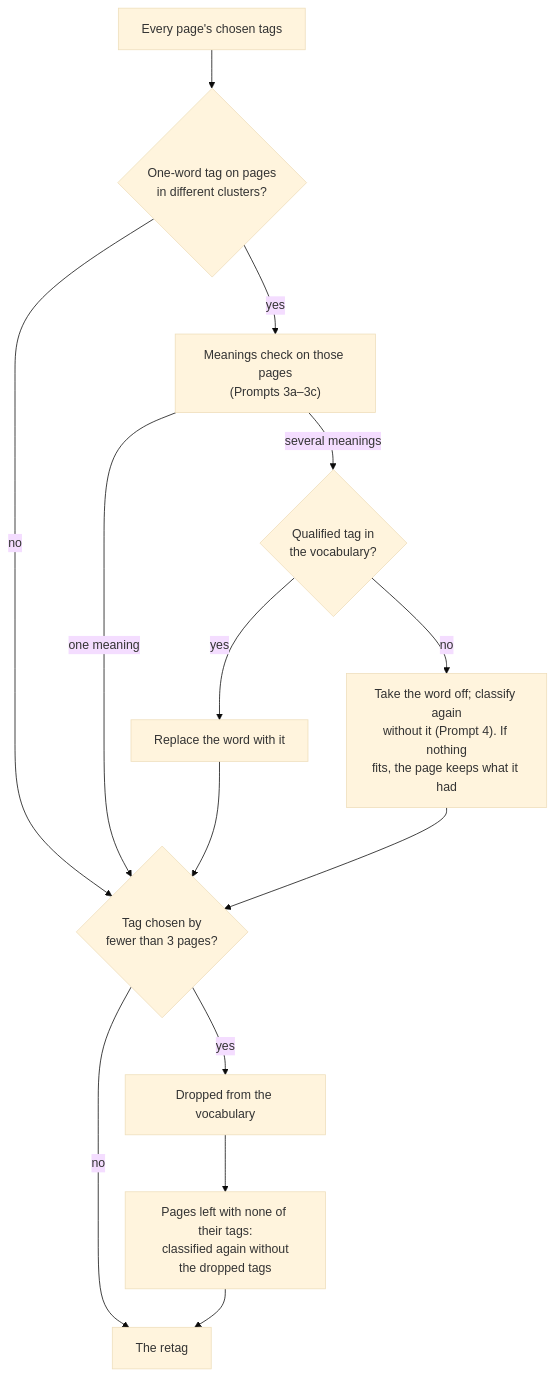
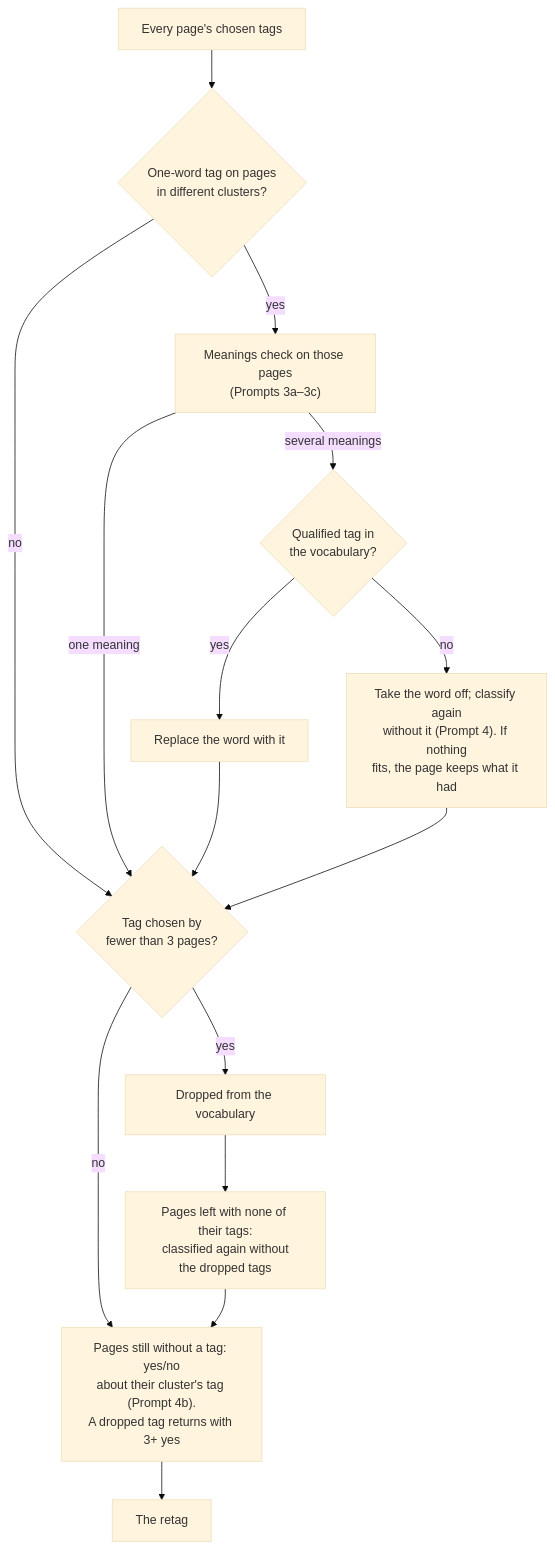
The seventh of 10 diagrams in docs/tagging-algorithm.md (agegechkori/tabkeeper), drawn with Mermaid (base theme) before and after one commit. The commit also changed other lines of this file, not shown here.

````diff
--- a/docs/tagging-algorithm.md
+++ b/docs/tagging-algorithm.md
@@ -500,16 +501,17 @@
 ```mermaid
 flowchart TD
   ch["Every page's chosen tags"] --> w{"One-word tag on pages<br/>in different clusters?"}
   w -->|"yes"| chk["Meanings check on those pages<br/>(Prompts 3a–3c)"]
   chk -->|"several meanings"| fix{"Qualified tag in<br/>the vocabulary?"}
   fix -->|"yes"| rep["Replace the word with it"]
   fix -->|"no"| again["Take the word off; classify again<br/>without it (Prompt 4). If nothing<br/>fits, the page keeps what it had"]
   w -->|"no"| sup
   chk -->|"one meaning"| sup
   rep --> sup
   again --> sup
   sup{"Tag chosen by<br/>fewer than 3 pages?"} -->|"yes"| drop["Dropped from the vocabulary"]
   drop --> orph["Pages left with none of their tags:<br/>classified again without<br/>the dropped tags"]
-  sup -->|"no"| out["The retag"]
-  orph --> out
+  sup -->|"no"| res
+  orph --> res["Pages still without a tag: yes/no<br/>about their cluster's tag (Prompt 4b).<br/>A dropped tag returns with 3+ yes"]
+  res --> out["The retag"]
 ```
````
